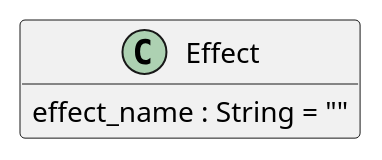
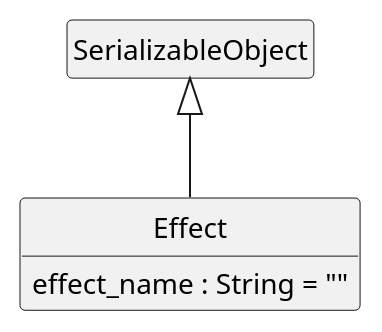
Diagram 12 of 34 in src/main/md/otio-core.md (sandflow/otio-core-specification), drawn with PlantUML before and after one commit. The commit also changed other lines of this file, not shown here.

Commit message:
Improve class diagrams and document conventions (#13)

````diff
--- a/src/main/md/otio-core.md
+++ b/src/main/md/otio-core.md
@@ -618,11 +684,14 @@
 ```puml
 @startuml
 hide empty members
+hide circle
 skinparam classAttributeIconSize 0
 
 class Effect {
   effect_name : String = ""
 }
 
+SerializableObject <|-- Effect
+
 @enduml
 ```
````
